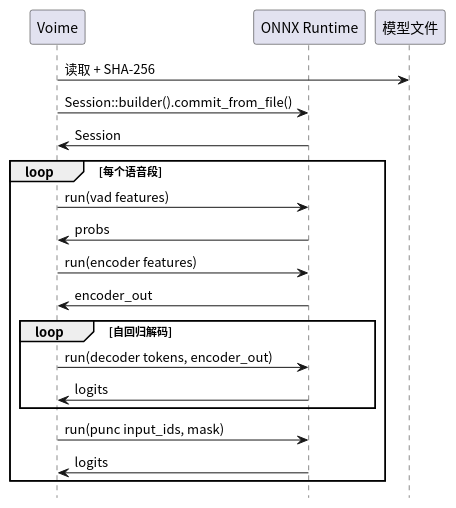
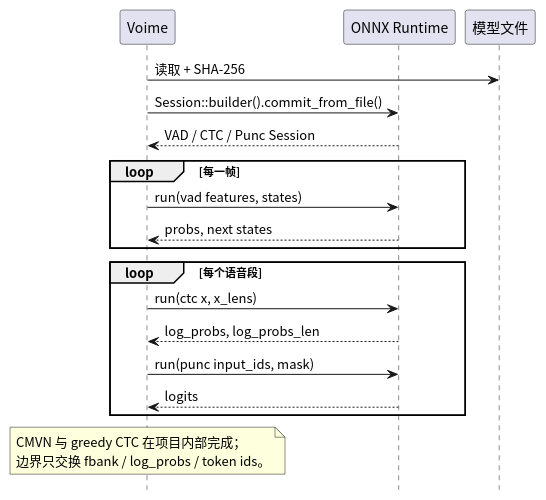
The diagram in diagram/prov-inference.puml (54m43lJ/voime), drawn with PlantUML before and after one commit. The commit also changed 33 other files, not shown here.

```diff
--- a/diagram/prov-inference.puml
+++ b/diagram/prov-inference.puml
@@ -1,25 +1,30 @@
 @startuml
 skinparam defaultFontName "Noto Sans CJK SC"
 skinparam shadowing false
 hide footbox
 
-participant "Voime" as App
+participant "Voime" as Voime
 participant "ONNX Runtime" as Ort
 participant "模型文件" as Model
 
-App -> Model : 读取 + SHA-256
-App -> Ort : Session::builder().commit_from_file()
-Ort -> App : Session
+Voime -> Model : 读取 + SHA-256
+Voime -> Ort : Session::builder().commit_from_file()
+Ort --> Voime : VAD / CTC / Punc Session
+
+loop 每一帧
+  Voime -> Ort : run(vad features, states)
+  Ort --> Voime : probs, next states
+end
+
 loop 每个语音段
-  App -> Ort : run(vad features)
-  Ort -> App : probs
-  App -> Ort : run(encoder features)
-  Ort -> App : encoder_out
-  loop 自回归解码
-    App -> Ort : run(decoder tokens, encoder_out)
-    Ort -> App : logits
-  end
-  App -> Ort : run(punc input_ids, mask)
-  Ort -> App : logits
+  Voime -> Ort : run(ctc x, x_lens)
+  Ort --> Voime : log_probs, log_probs_len
+  Voime -> Ort : run(punc input_ids, mask)
+  Ort --> Voime : logits
 end
+
+note over Voime
+  CMVN 与 greedy CTC 在项目内部完成；
+  边界只交换 fbank / log_probs / token ids。
+end note
 @enduml
```
